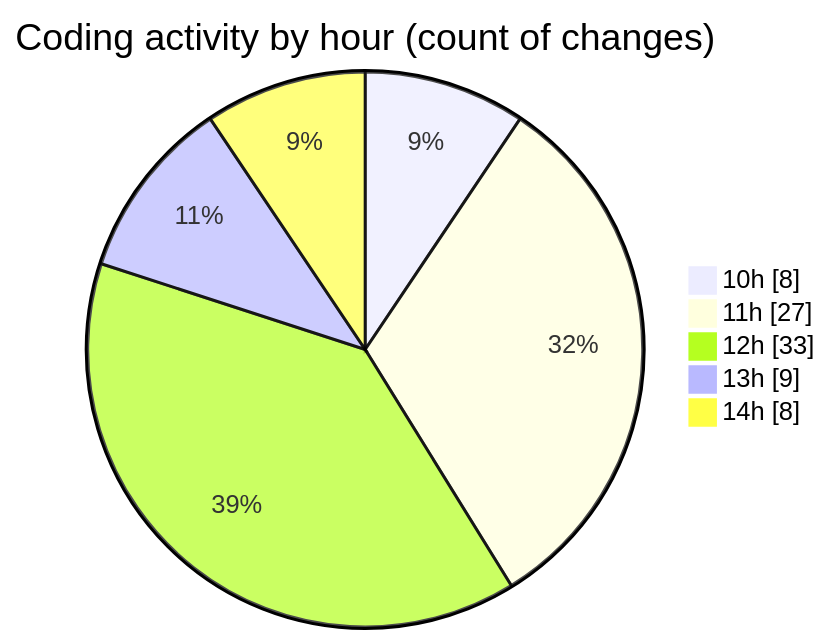
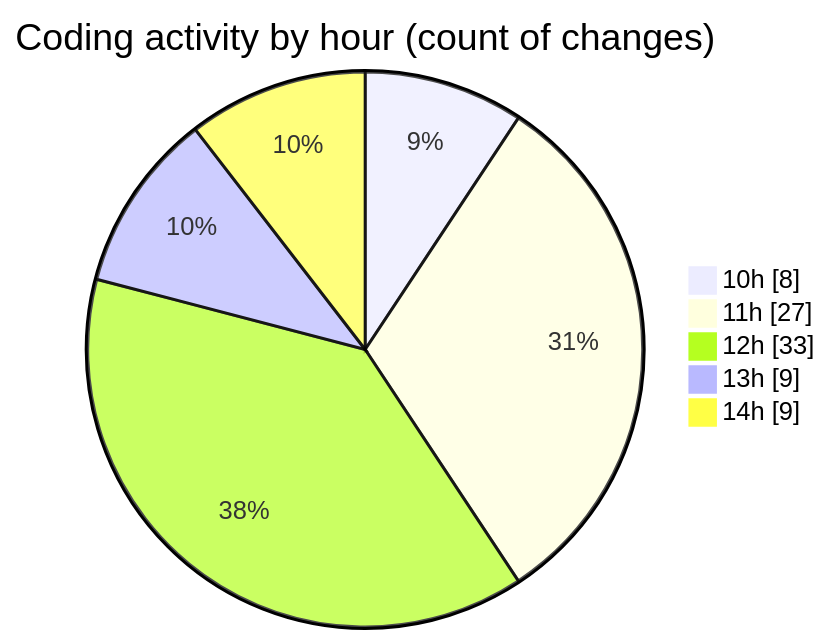
The second of 2 diagrams in 2025-09-29/nxtqube_webapp/README.md (nxtqubesakshisongat/code-tracking), drawn with Mermaid before and after one commit. The commit also changed other lines of this file and 1 other file, not shown here.

````diff
--- a/2025-09-29/nxtqube_webapp/README.md
+++ b/2025-09-29/nxtqube_webapp/README.md
@@ -31,9 +31,9 @@
 ```mermaid
 pie showData
 title Coding activity by hour (count of changes)
 "10h" : 8
 "11h" : 27
 "12h" : 33
 "13h" : 9
-"14h" : 8
+"14h" : 9
 ```
````
